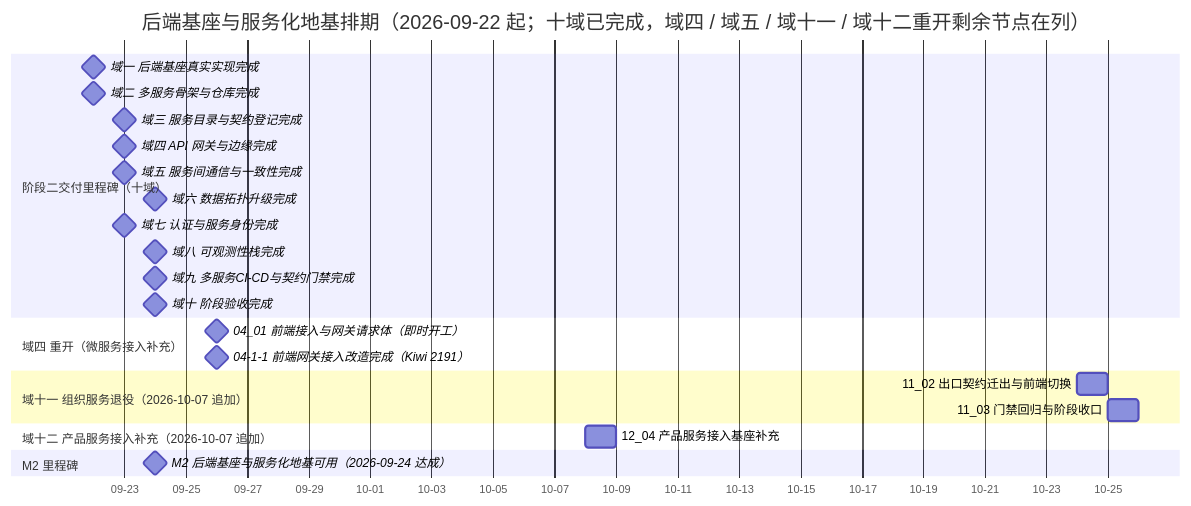
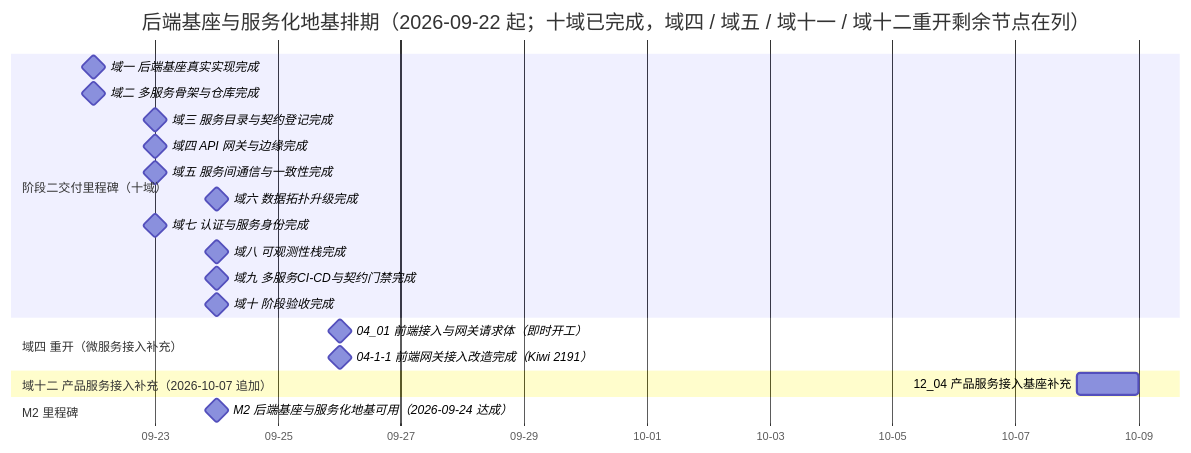
One commit to minjian123/basic-management-system changed the diagram in bms文档/项目/02_后端基座与服务化地基/计划/01_计划_后端基座与服务化地基.md. Above: the diagram before and after it, drawn with Mermaid. The commit also changed other lines of this file and 9 other files, not shown here.

````diff
--- a/bms文档/项目/02_后端基座与服务化地基/计划/01_计划_后端基座与服务化地基.md
+++ b/bms文档/项目/02_后端基座与服务化地基/计划/01_计划_后端基座与服务化地基.md
@@ -72,27 +73,24 @@
 ```mermaid
 gantt
     title 后端基座与服务化地基排期（2026-09-22 起；十域已完成，域四 / 域五 / 域十一 / 域十二重开剩余节点在列）
     dateFormat  YYYY-MM-DD
     axisFormat %m-%d
     section 阶段二交付里程碑（十域）
     域一 后端基座真实实现完成 :milestone, m01, 2026-09-22, 0d
     域二 多服务骨架与仓库完成 :milestone, m02, 2026-09-22, 0d
     域三 服务目录与契约登记完成 :milestone, m03, 2026-09-23, 0d
     域四 API 网关与边缘完成 :milestone, m04, 2026-09-23, 0d
     域五 服务间通信与一致性完成 :milestone, m05, 2026-09-23, 0d
     域六 数据拓扑升级完成 :milestone, m06, 2026-09-24, 0d
     域七 认证与服务身份完成 :milestone, m07, 2026-09-23, 0d
     域八 可观测性栈完成 :milestone, m08, 2026-09-24, 0d
     域九 多服务CI-CD与契约门禁完成 :milestone, m09, 2026-09-24, 0d
     域十 阶段验收完成 :milestone, m10, 2026-09-24, 0d
     section 域四 重开（微服务接入补充）
     04_01 前端接入与网关请求体（即时开工） :milestone, m0401x, 2026-09-26, 0d
     04-1-1 前端网关接入改造完成（Kiwi 2191） :milestone, m0401a, 2026-09-26, 0d
-    section 域十一 组织服务退役（2026-10-07 追加）
-    11_02 出口契约迁出与前端切换 :m1102, 2026-10-24, 1d
-    11_03 门禁回归与阶段收口 :m1103, 2026-10-25, 1d
     section 域十二 产品服务接入补充（2026-10-07 追加）
     12_04 产品服务接入基座补充 :m1204, 2026-10-08, 1d
     section M2 里程碑
     M2 后端基座与服务化地基可用（2026-09-24 达成） :milestone, mm2, 2026-09-24, 0d
 ```
````
